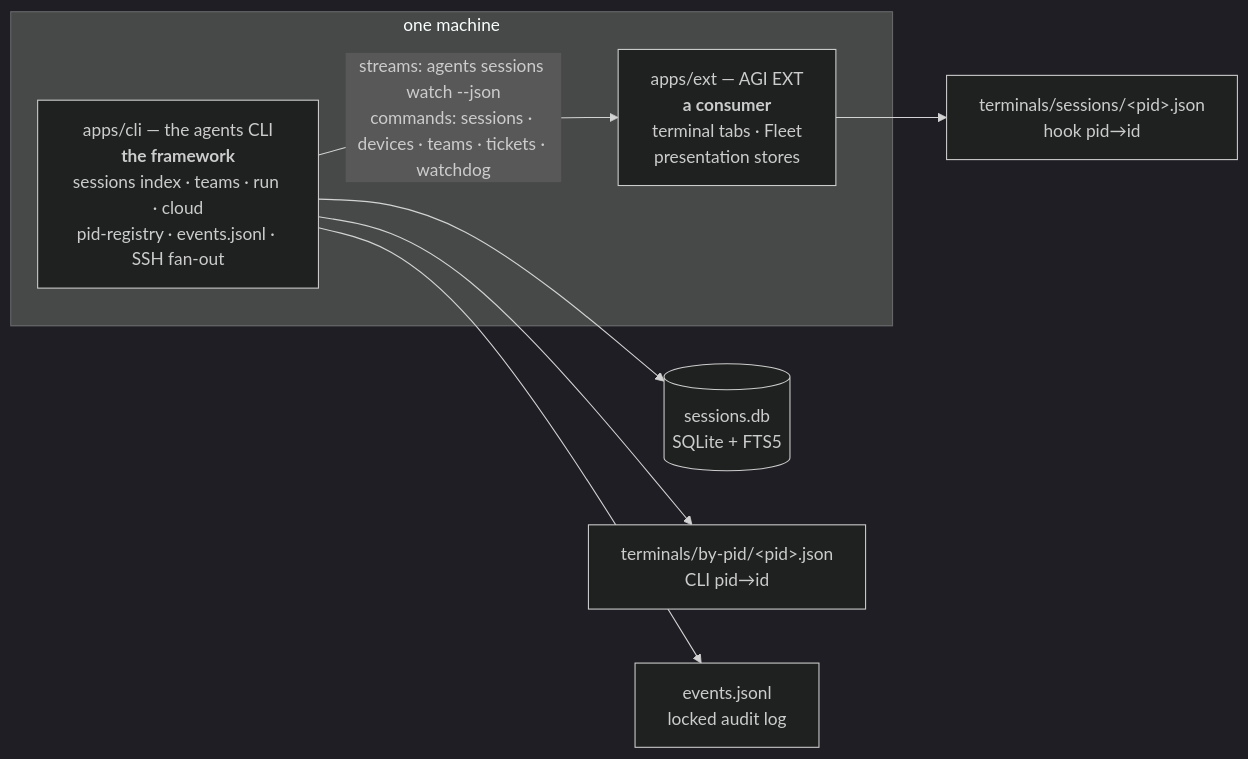
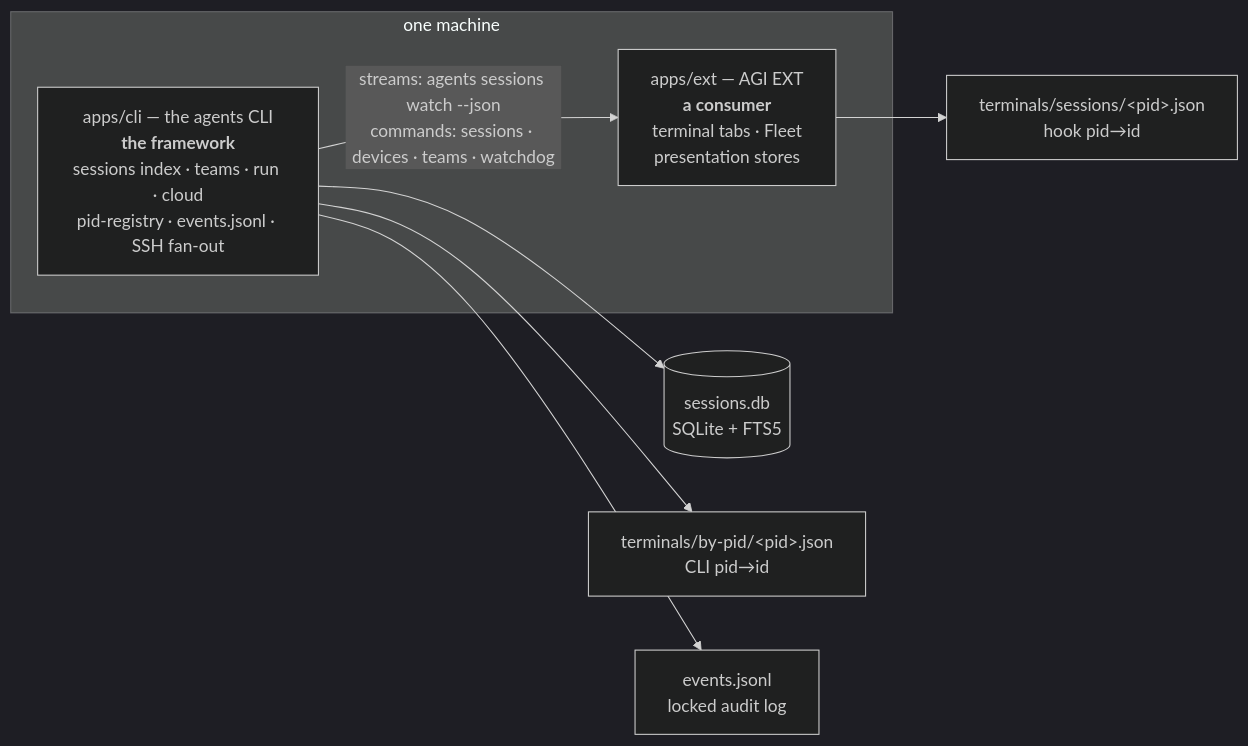
One commit to phnx-labs/agents-cli changed the first of 2 diagrams in apps/cli/docs/architecture.md. Above: the diagram before and after it, drawn with Mermaid (dark theme). The commit also changed 3 other files, not shown here.

````diff
--- a/apps/cli/docs/architecture.md
+++ b/apps/cli/docs/architecture.md
@@ -28,12 +28,12 @@
 ```mermaid
 flowchart LR
   subgraph machine["one machine"]
     CLI["apps/cli — the agents CLI<br/><b>the framework</b><br/>sessions index · teams · run · cloud<br/>pid-registry · events.jsonl · SSH fan-out"]
     FAC["apps/ext — AGI EXT<br/><b>a consumer</b><br/>terminal tabs · Fleet<br/>presentation stores"]
-    CLI -- "streams: agents sessions watch --json<br/>commands: sessions · devices · teams · tickets · watchdog" --> FAC
+    CLI -- "streams: agents sessions watch --json<br/>commands: sessions · devices · teams · watchdog" --> FAC
   end
   CLI --> DB[("sessions.db<br/>SQLite + FTS5")]
   CLI --> BYPID["terminals/by-pid/&lt;pid&gt;.json<br/>CLI pid→id"]
   FAC --> SESS["terminals/sessions/&lt;pid&gt;.json<br/>hook pid→id"]
   CLI --> EV["events.jsonl<br/>locked audit log"]
 ```
````
